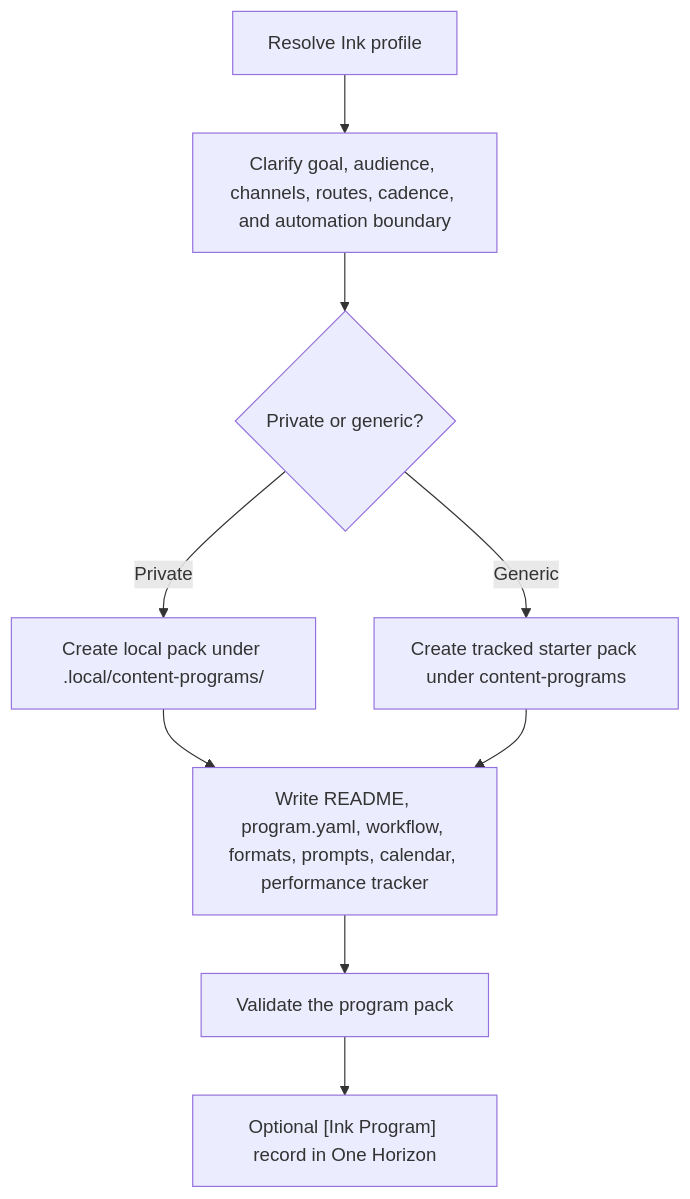
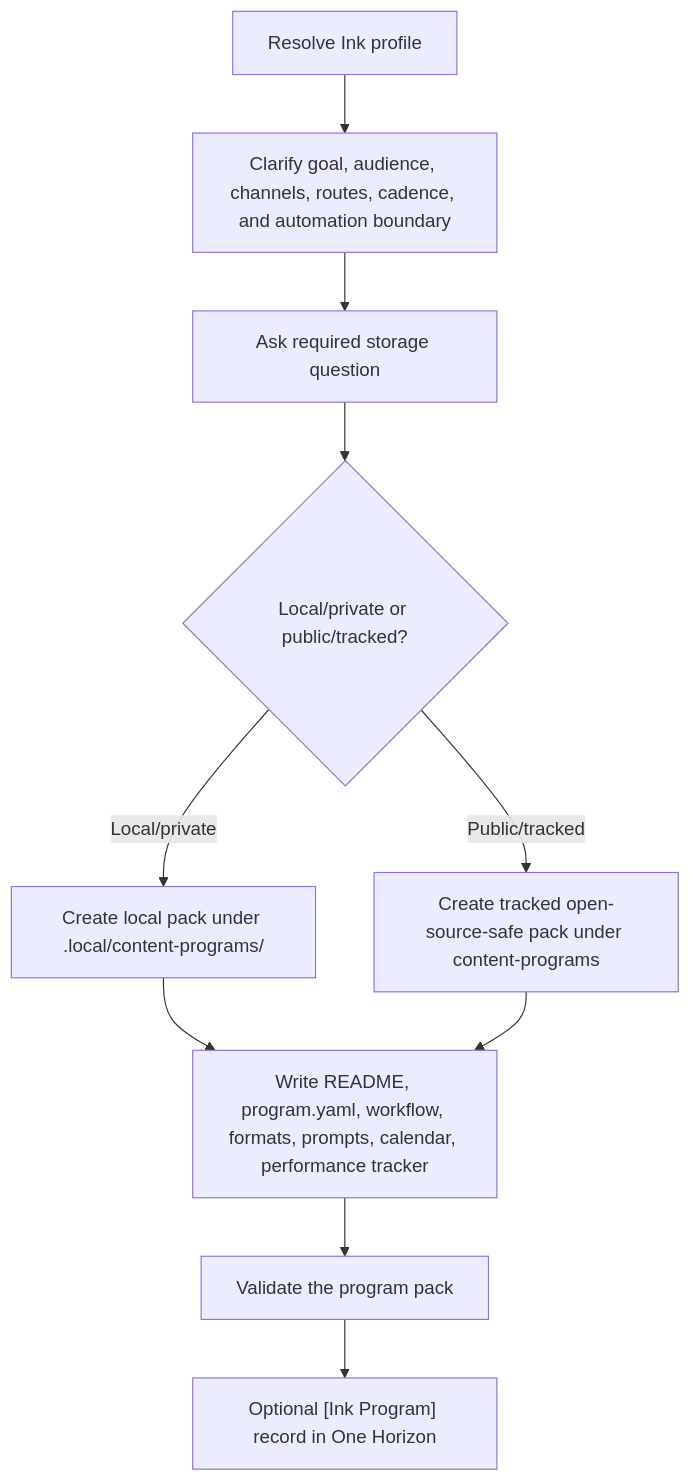
One commit to onehorizonai/ink changed the second of 5 diagrams in README.md. Above: the diagram before and after it, drawn with Mermaid. The commit also changed other lines of this file and 7 other files, not shown here.

Commit message:
Ask public or private when creating new content program

````diff
--- a/README.md
+++ b/README.md
@@ -235,11 +235,12 @@
 ```mermaid
 flowchart TD
     A["Resolve Ink profile"] --> B["Clarify goal, audience, channels, routes, cadence, and automation boundary"]
-    B --> C{"Private or generic?"}
-    C -- "Private" --> D["Create local pack under .local/content-programs/<profile-id>"]
-    C -- "Generic" --> E["Create tracked starter pack under content-programs"]
-    D --> F["Write README, program.yaml, workflow, formats, prompts, calendar, performance tracker"]
-    E --> F
-    F --> G["Validate the program pack"]
-    G --> H["Optional [Ink Program] record in One Horizon"]
+    B --> C["Ask required storage question"]
+    C --> D{"Local/private or public/tracked?"}
+    D -- "Local/private" --> E["Create local pack under .local/content-programs/<profile-id>"]
+    D -- "Public/tracked" --> F["Create tracked open-source-safe pack under content-programs"]
+    E --> G["Write README, program.yaml, workflow, formats, prompts, calendar, performance tracker"]
+    F --> G
+    G --> H["Validate the program pack"]
+    H --> I["Optional [Ink Program] record in One Horizon"]
 ```
````
